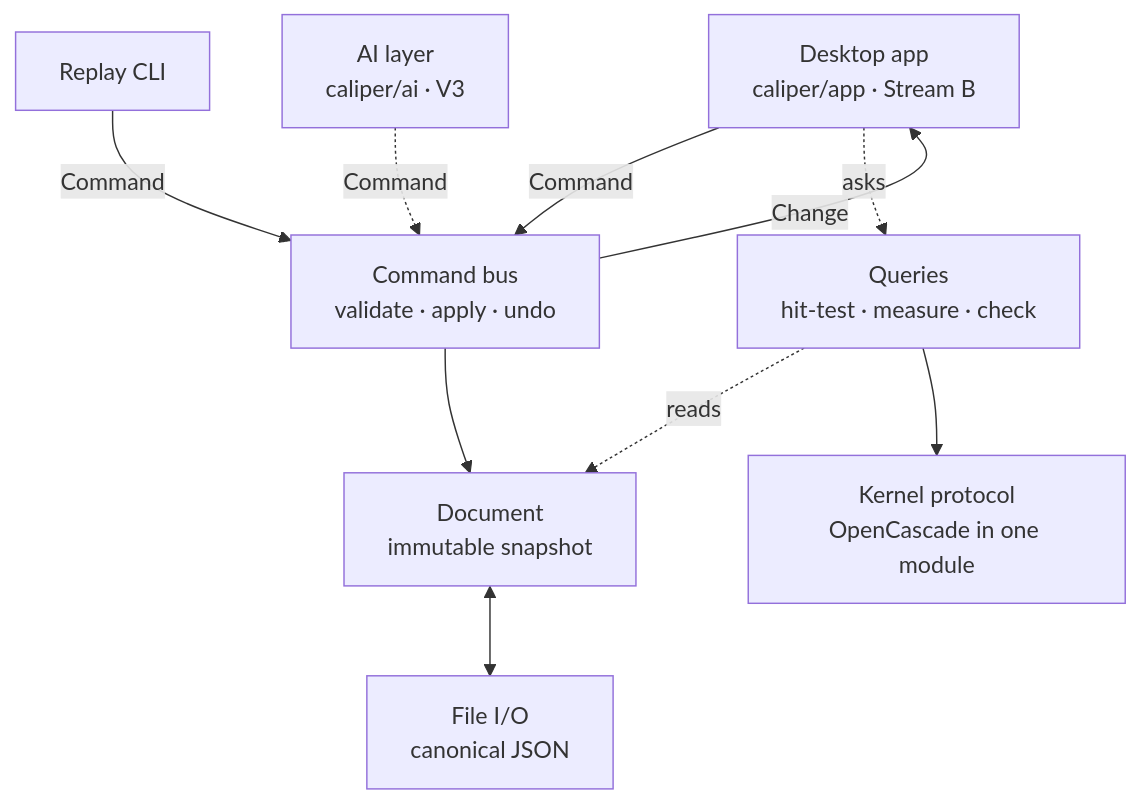
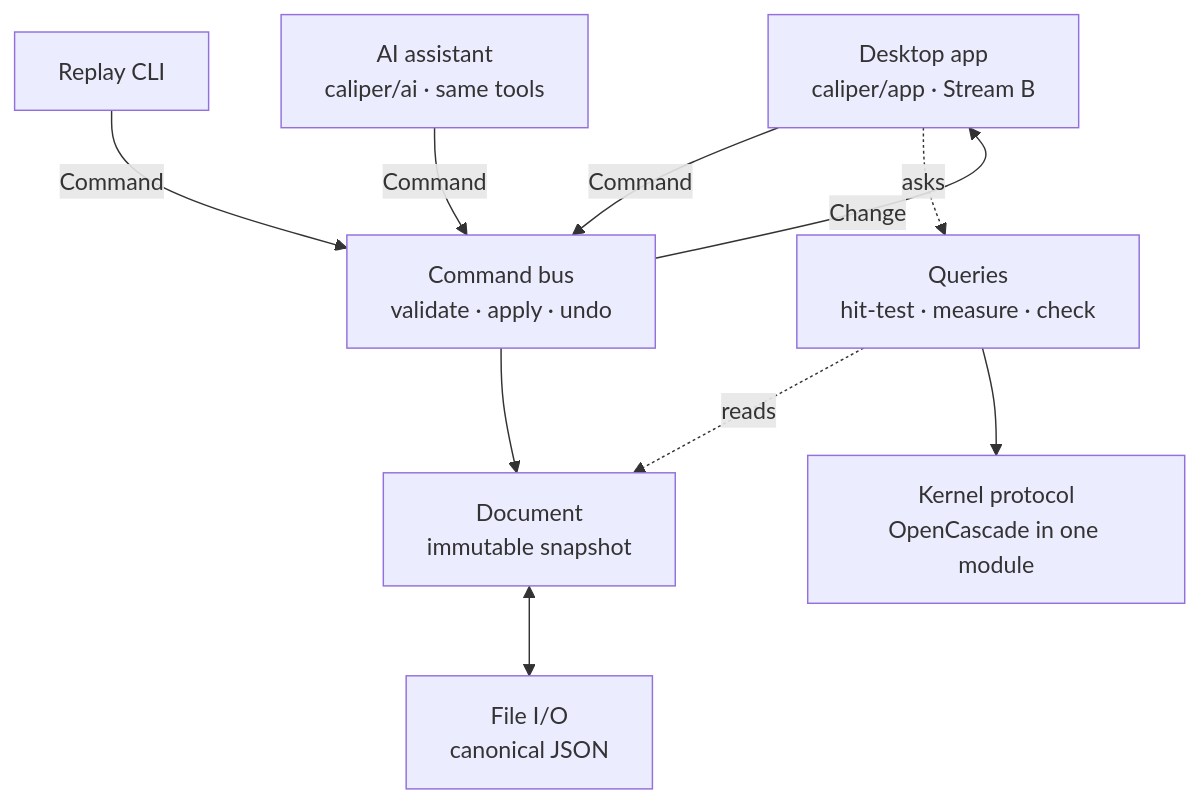
One commit to andrefongkc-cyber/caliper changed the second of 2 diagrams in README.md. Above: the diagram before and after it, drawn with Mermaid. The commit also changed other lines of this file, not shown here.

Commit message:
docs: README catches up with V1.5, the assistant, and the MCP stress-test findings

````diff
--- a/README.md
+++ b/README.md
@@ -118,12 +158,12 @@
 ```mermaid
 flowchart TD
     UI["Desktop app<br/>caliper/app · Stream B"] -- Command --> BUS
     CLI["Replay CLI"] -- Command --> BUS
-    AI["AI layer<br/>caliper/ai · V3"] -. Command .-> BUS
+    AI["AI assistant<br/>caliper/ai · same tools"] -- Command --> BUS
     BUS["Command bus<br/>validate · apply · undo"] --> DOC["Document<br/>immutable snapshot"]
     BUS -- Change --> UI
     Q["Queries<br/>hit-test · measure · check"] -. reads .-> DOC
     UI -. asks .-> Q
     DOC <--> IO["File I/O<br/>canonical JSON"]
     Q --> K["Kernel protocol<br/>OpenCascade in one module"]
 ```
````
